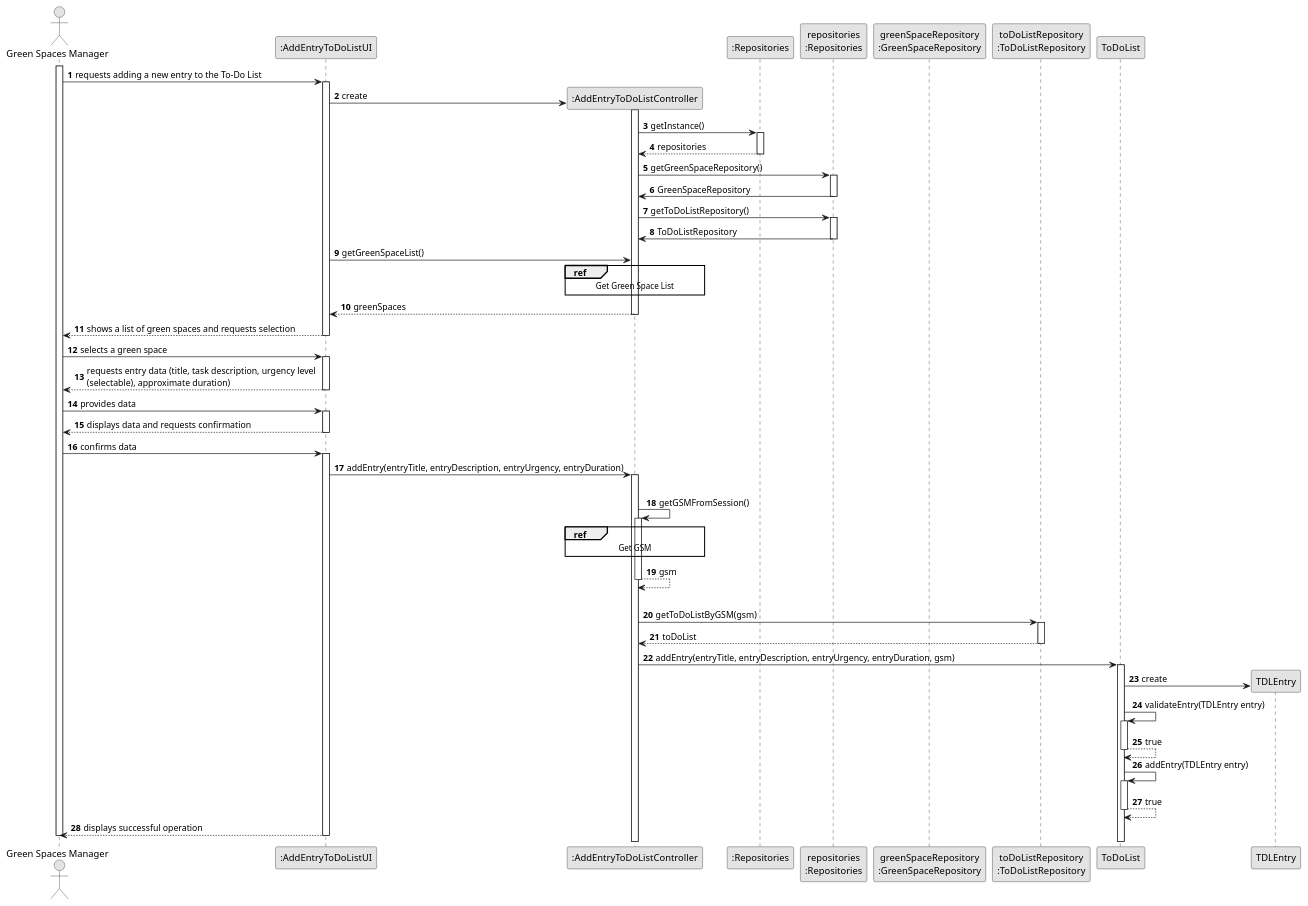
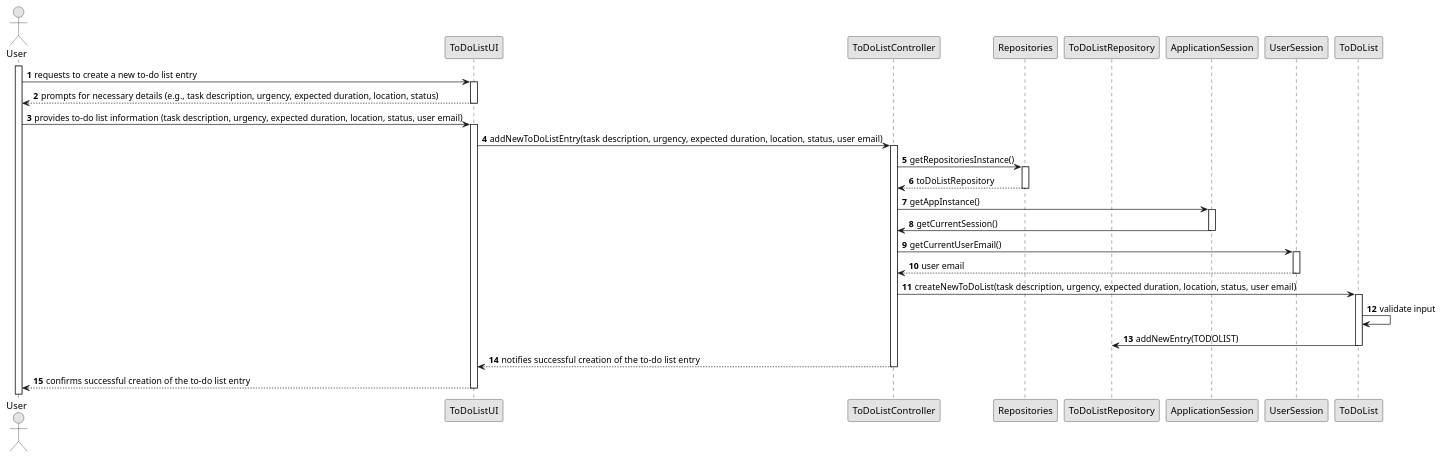
Before and after one commit to 1231635-Amorim/UrbanParkitekts: the diagram in docs/sprintC/us021/03.design/puml/us021-sequence-diagram.puml, drawn with PlantUML.

Commit message:
Us021-sequence-diagram

```diff
--- a/docs/sprintC/us021/03.design/puml/us021-sequence-diagram.puml
+++ b/docs/sprintC/us021/03.design/puml/us021-sequence-diagram.puml
@@ -1,114 +1,59 @@
 @startuml
 skinparam monochrome true
 skinparam packageStyle rectangle
 skinparam shadowing false
+autonumber
+actor "User" as USER
+participant "ToDoListUI" as UI
+participant "ToDoListController" as CTRL
+participant "Repositories" as Repositories
+participant "ToDoListRepository" as ToDoListRepository
+participant "ApplicationSession" as APP
+participant "UserSession" as SESSION
+participant "ToDoList" as TODOLIST
 
-autonumber
+activate USER
 
-'hide footbox
-actor "Green Spaces Manager" as ADM
-participant ":AddEntryToDoListUI" as UI
-participant ":AddEntryToDoListController" as CTRL
-participant ":Repositories" as RepositorySingleton
-participant "repositories\n:Repositories" as PLAT
-participant "greenSpaceRepository\n:GreenSpaceRepository" as GSR
-participant "toDoListRepository\n:ToDoListRepository" as TDR
-participant "ToDoList" as TDL
-participant "TDLEntry" as ENTRADA
+USER -> UI : requests to create a new to-do list entry
+activate UI
+    UI --> USER : prompts for necessary details (e.g., task description, urgency, expected duration, location, status)
+deactivate UI
 
-activate ADM
-
-ADM -> UI : requests adding a new entry to the To-Do List
-
+USER -> UI : provides to-do list information (task description, urgency, expected duration, location, status, user email)
 activate UI
 
-    UI -> CTRL** : create
+    UI -> CTRL : addNewToDoListEntry(task description, urgency, expected duration, location, status, user email)
     activate CTRL
 
-        CTRL -> RepositorySingleton : getInstance()
-        activate RepositorySingleton
+        CTRL -> Repositories : getRepositoriesInstance()
+        activate Repositories
 
-            RepositorySingleton --> CTRL: repositories
-        deactivate RepositorySingleton
+            Repositories --> CTRL : toDoListRepository
+        deactivate Repositories
 
-        CTRL -> PLAT : getGreenSpaceRepository()
-        activate PLAT
+        CTRL -> APP: getAppInstance()
+        activate APP
 
-            PLAT -> CTRL : GreenSpaceRepository
-        deactivate PLAT
+            APP -> CTRL: getCurrentSession()
+        deactivate APP
 
-        CTRL -> PLAT : getToDoListRepository()
-        activate PLAT
+        CTRL -> SESSION: getCurrentUserEmail()
+        activate SESSION
 
-            PLAT -> CTRL : ToDoListRepository
-        deactivate PLAT
+            SESSION --> CTRL: user email
+        deactivate SESSION
 
-        UI -> CTRL : getGreenSpaceList()
-        ref over CTRL
-            Get Green Space List
-        end
+        CTRL -> TODOLIST : createNewToDoList(task description, urgency, expected duration, location, status, user email)
+        activate TODOLIST
 
-        CTRL --> UI : greenSpaces
-    deactivate CTRL
+            TODOLIST -> TODOLIST : validate input
+            TODOLIST -> ToDoListRepository : addNewEntry(TODOLIST)
+        deactivate TODOLIST
 
-UI --> ADM : shows a list of green spaces and requests selection
+        CTRL --> UI : notifies successful creation of the to-do list entry
+deactivate CTRL
+
+UI --> USER : confirms successful creation of the to-do list entry
 deactivate UI
 
-ADM -> UI : selects a green space
-activate UI
-
-    UI --> ADM : requests entry data (title, task description, urgency level \n(selectable), approximate duration)
-    deactivate UI
-
-    ADM -> UI : provides data
-    activate UI
-
-        UI --> ADM : displays data and requests confirmation
-        deactivate UI
-
-        ADM -> UI : confirms data
-        activate UI
-
-            UI -> CTRL : addEntry(entryTitle, entryDescription, entryUrgency, entryDuration)
-            activate CTRL
-
-                |||
-                CTRL -> CTRL : getGSMFromSession()
-                activate CTRL
-
-                    ref over CTRL
-                        Get GSM
-                    end
-
-                    CTRL --> CTRL : gsm
-                deactivate CTRL
-
-                |||
-
-                CTRL -> TDR: getToDoListByGSM(gsm)
-                activate TDR
-
-                    TDR --> CTRL: toDoList
-                deactivate TDR
-
-                CTRL -> TDL: addEntry(entryTitle, entryDescription, entryUrgency, entryDuration, gsm)
-                activate TDL
-
-                    TDL -> ENTRADA**: create
-
-                    TDL -> TDL: validateEntry(TDLEntry entry)
-                    activate TDL
-
-                        TDL --> TDL: true
-                    deactivate TDL
-
-                    TDL -> TDL: addEntry(TDLEntry entry)
-                    activate TDL
-
-                        TDL --> TDL: true
-                    deactivate TDL
-
-            UI --> ADM: displays successful operation
-        deactivate UI
-deactivate ADM
 @enduml
```
